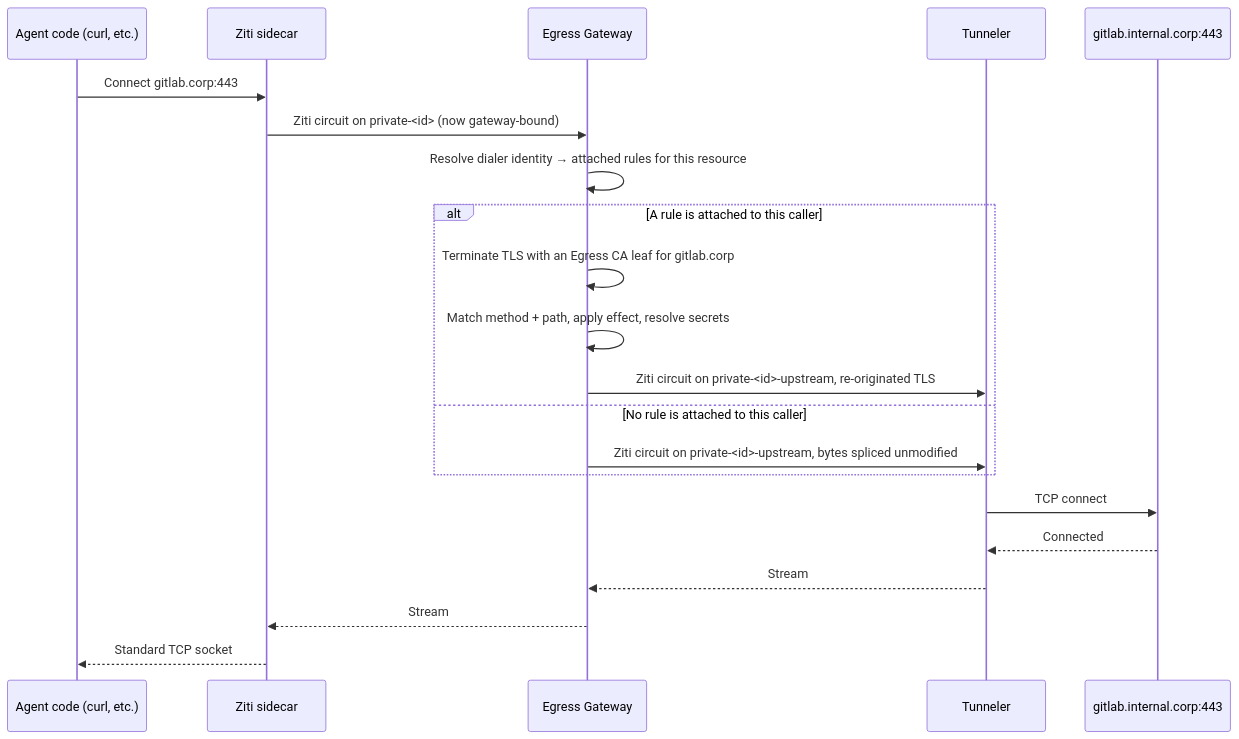
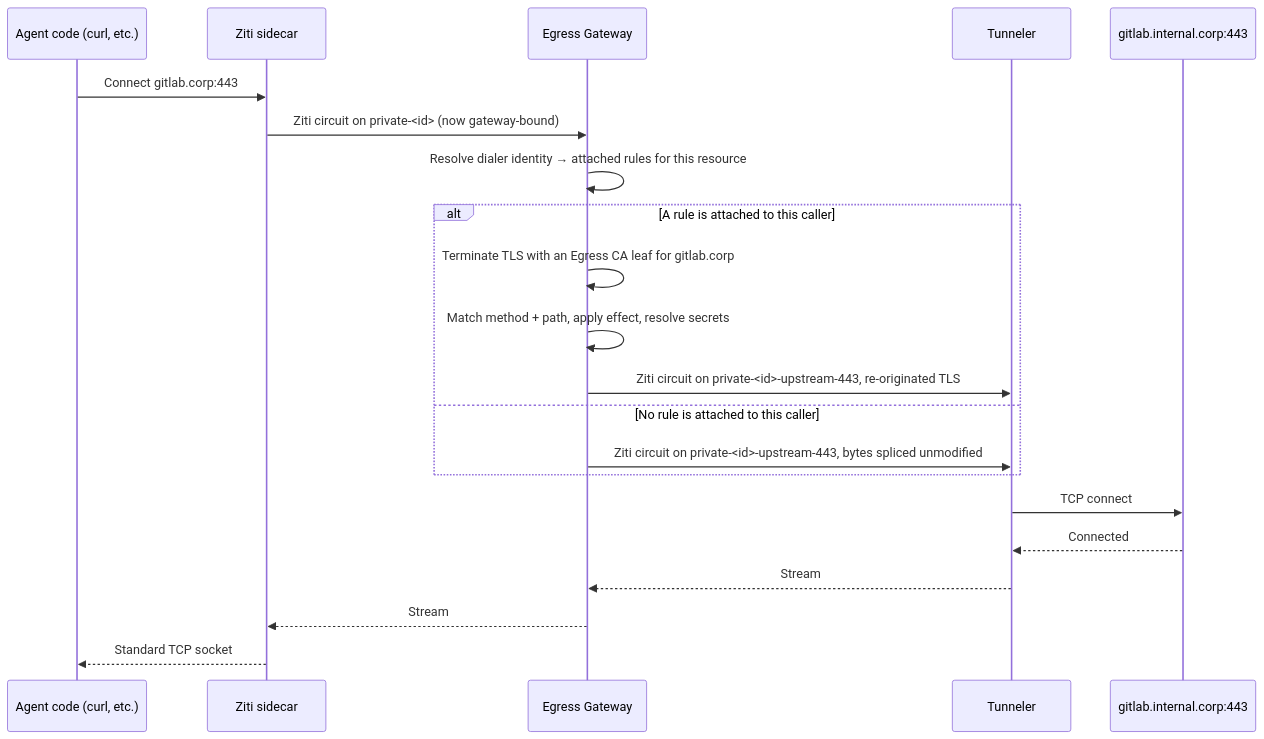
The sixth of 6 diagrams in architecture/private-networks.md (agynio/architecture), drawn with Mermaid before and after one commit. The commit also changed other lines of this file and 10 other files, not shown here.

````diff
--- a/architecture/private-networks.md
+++ b/architecture/private-networks.md
@@ -407,24 +407,24 @@
 ```mermaid
 sequenceDiagram
     participant Code as Agent code (curl, etc.)
     participant Sidecar as Ziti sidecar
     participant EG as Egress Gateway
     participant T as Tunneler
     participant Target as gitlab.internal.corp:443
 
     Code->>Sidecar: Connect gitlab.corp:443
     Sidecar->>EG: Ziti circuit on private-<id> (now gateway-bound)
     EG->>EG: Resolve dialer identity → attached rules for this resource
     alt A rule is attached to this caller
         EG->>EG: Terminate TLS with an Egress CA leaf for gitlab.corp
         EG->>EG: Match method + path, apply effect, resolve secrets
-        EG->>T: Ziti circuit on private-<id>-upstream, re-originated TLS
+        EG->>T: Ziti circuit on private-<id>-upstream-443, re-originated TLS
     else No rule is attached to this caller
-        EG->>T: Ziti circuit on private-<id>-upstream, bytes spliced unmodified
+        EG->>T: Ziti circuit on private-<id>-upstream-443, bytes spliced unmodified
     end
     T->>Target: TCP connect
     Target-->>T: Connected
     T-->>EG: Stream
     EG-->>Sidecar: Stream
     Sidecar-->>Code: Standard TCP socket
 ```
````
